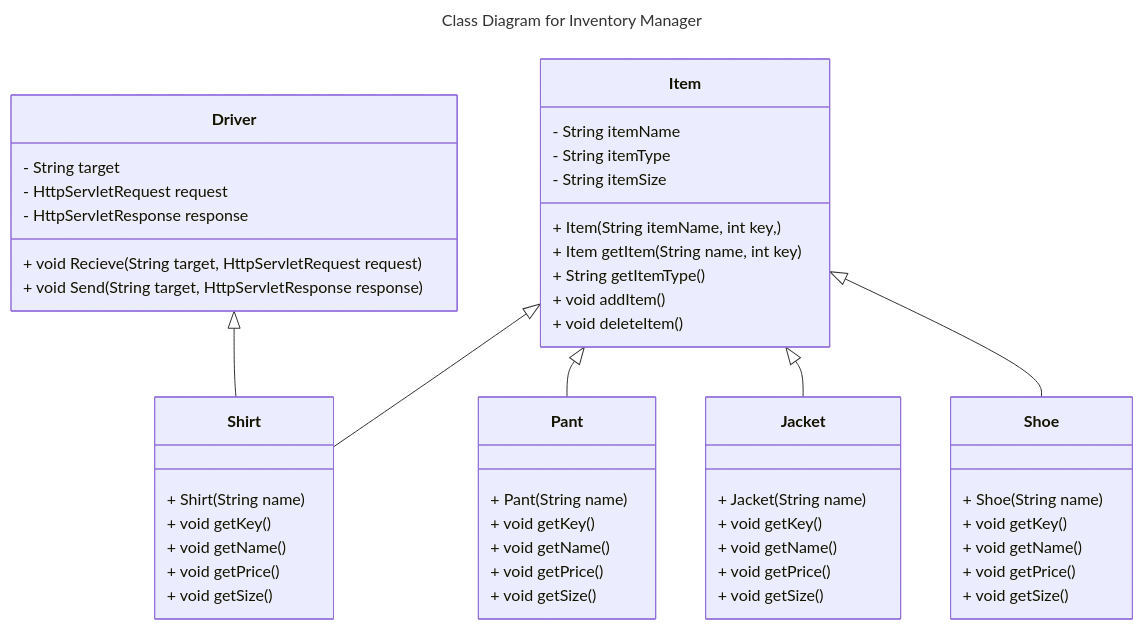
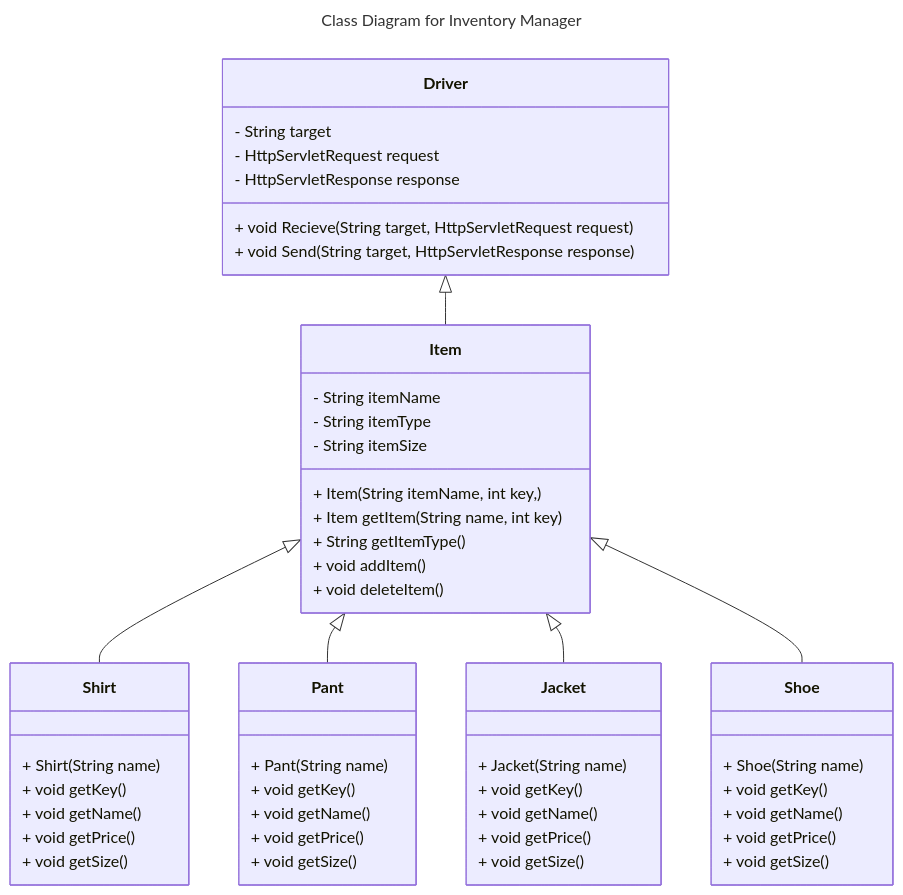
The third of 6 diagrams in requirements_specifications_template.md (vincent-li-1/StockSync), drawn with Mermaid before and after one commit.

Commit message:
Update requirements_specifications_template.md fixed connections in class diagram

````diff
--- a/requirements_specifications_template.md
+++ b/requirements_specifications_template.md
@@ -156,56 +156,56 @@
 ```mermaid
 ---
 title: Class Diagram for Inventory Manager
 ---
 classDiagram
     class Driver {
         - String target
         - HttpServletRequest request
         - HttpServletResponse response
         + void Recieve(String target, HttpServletRequest request)
         + void Send(String target, HttpServletResponse response)
     }
     class Item {
         - String itemName
         - String itemType
         - String itemSize
         + Item(String itemName, int key, )
         + Item getItem(String name, int key)
         + String getItemType()
         + void addItem()
         + void deleteItem()
     }
     class Shirt {
         + Shirt(String name)
         + void getKey()
         + void getName()
         + void getPrice()
         + void getSize()
     }
     class Pant {
         + Pant(String name)
         + void getKey()
         + void getName()
         + void getPrice()
         + void getSize()
     }
     class Jacket {
         + Jacket(String name)
         + void getKey()
         + void getName()
         + void getPrice()
         + void getSize()
     }
     class Shoe {
         + Shoe(String name)
         + void getKey()
         + void getName()
         + void getPrice()
         + void getSize()
     }
-    Driver <|-- Shirt
+    Driver <|-- Item
     Item <|-- Shirt
     Item <|-- Pant
     Item <|-- Jacket
     Item <|-- Shoe
 ```
````
